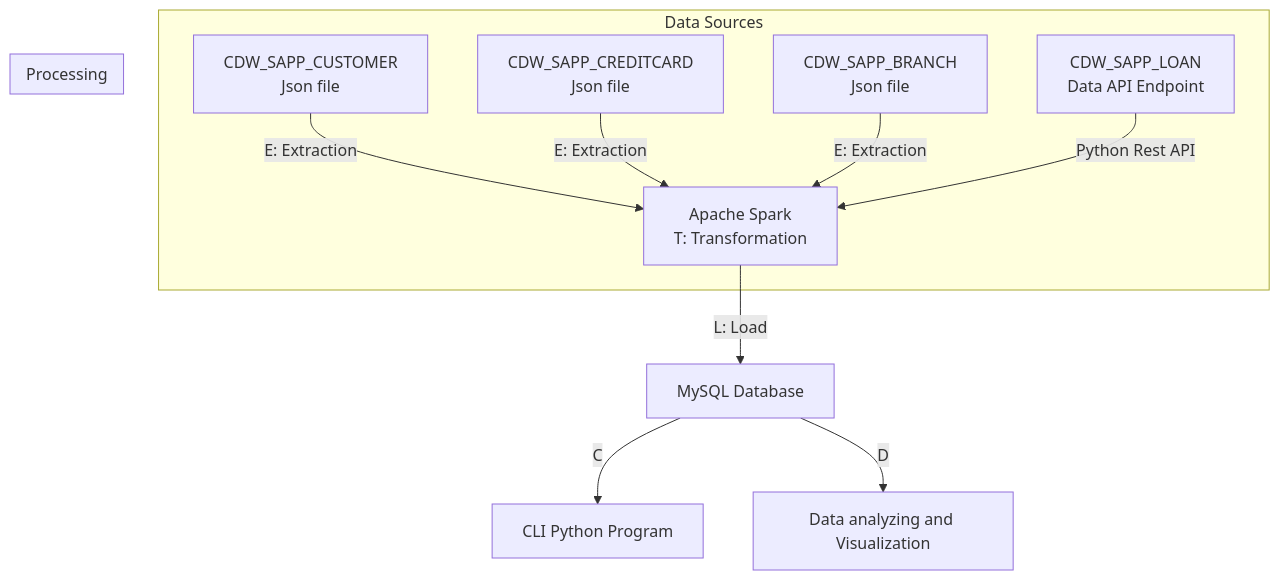
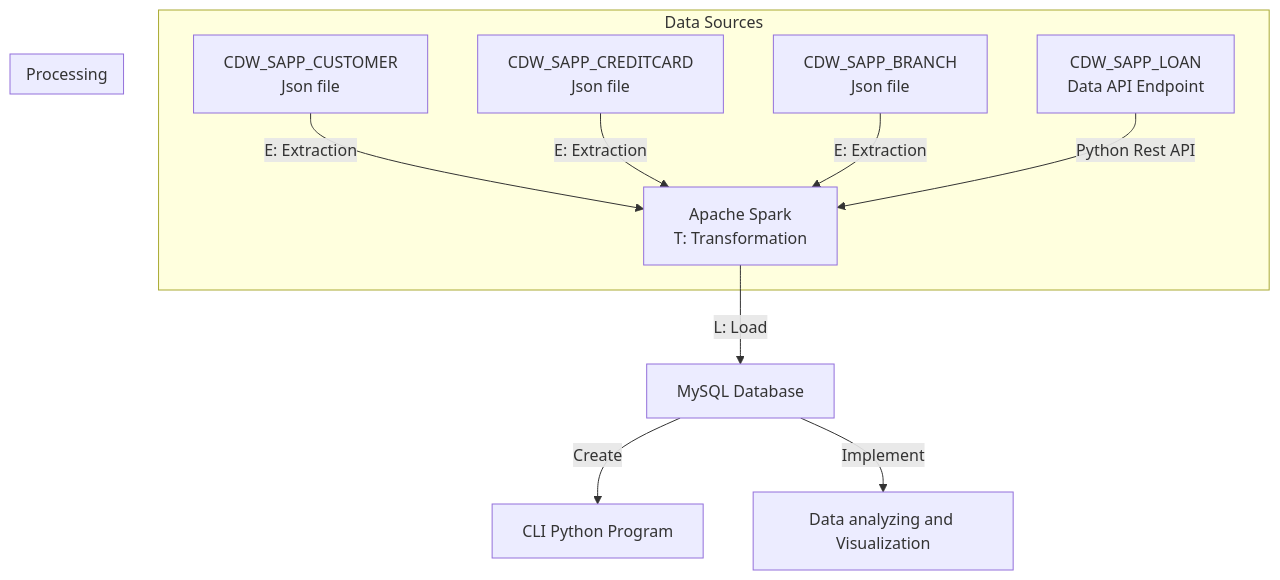
One commit to LarryChenCode/LoanAndCreditCard_ETL_Capstone changed the diagram in README.md. Above: the diagram before and after it, drawn with Mermaid.

````diff
--- a/README.md
+++ b/README.md
@@ -41,22 +41,22 @@
 ```mermaid
 graph TB
   subgraph "Data Sources"
     A[CDW_SAPP_CUSTOMER 
     Json file] -->|E: Extraction| B
     C[CDW_SAPP_CREDITCARD 
     Json file] -->|E: Extraction| B
     D[CDW_SAPP_BRANCH 
     Json file] -->|E: Extraction| B
     E[CDW_SAPP_LOAN 
     Data API Endpoint] -->|Python Rest API| B
   end
   
   subgraph "Processing"
     B[Apache Spark
     T: Transformation]
   end
   
   B -->|L: Load| F[MySQL Database]
-  F -->|C| G[CLI Python Program]
-  F -->|D| H[Data analyzing and Visualization]
+  F -->|Create| G[CLI Python Program]
+  F -->|Implement| H[Data analyzing and Visualization]
 ```
````
